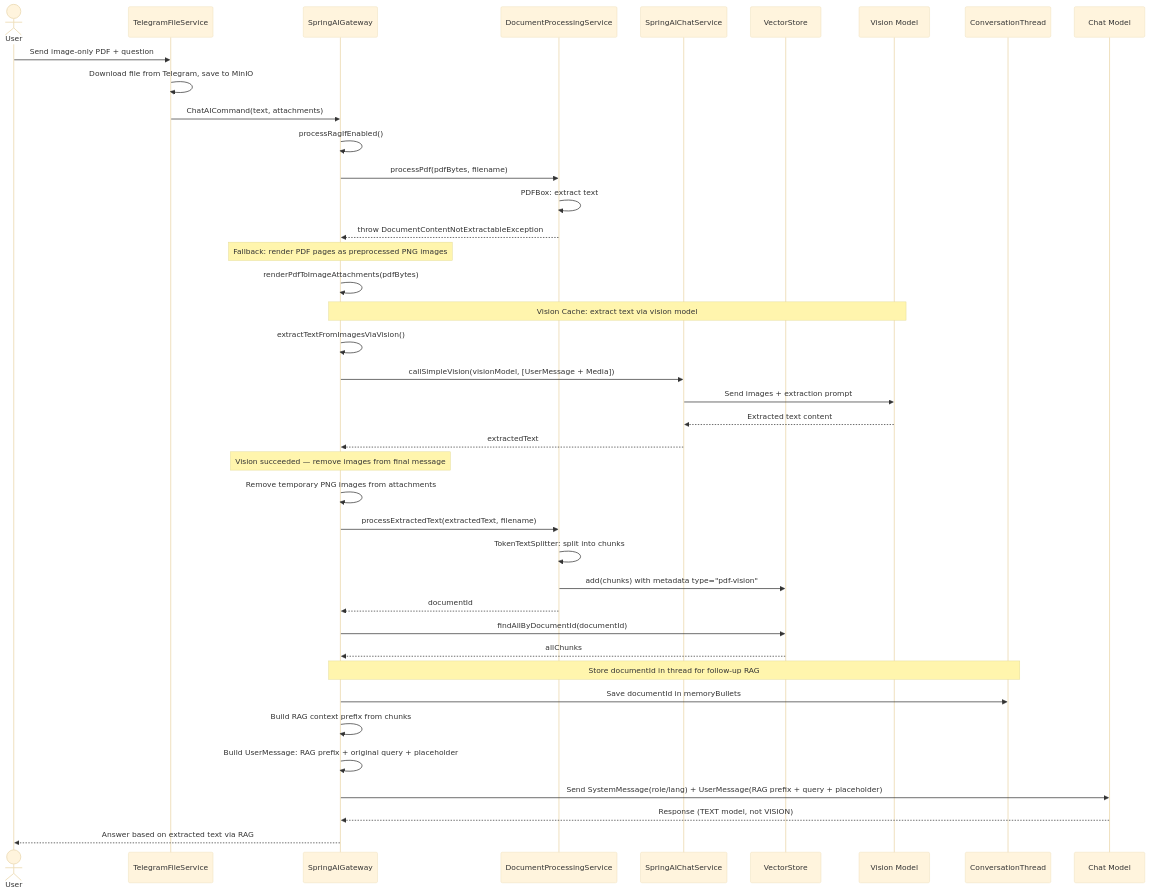
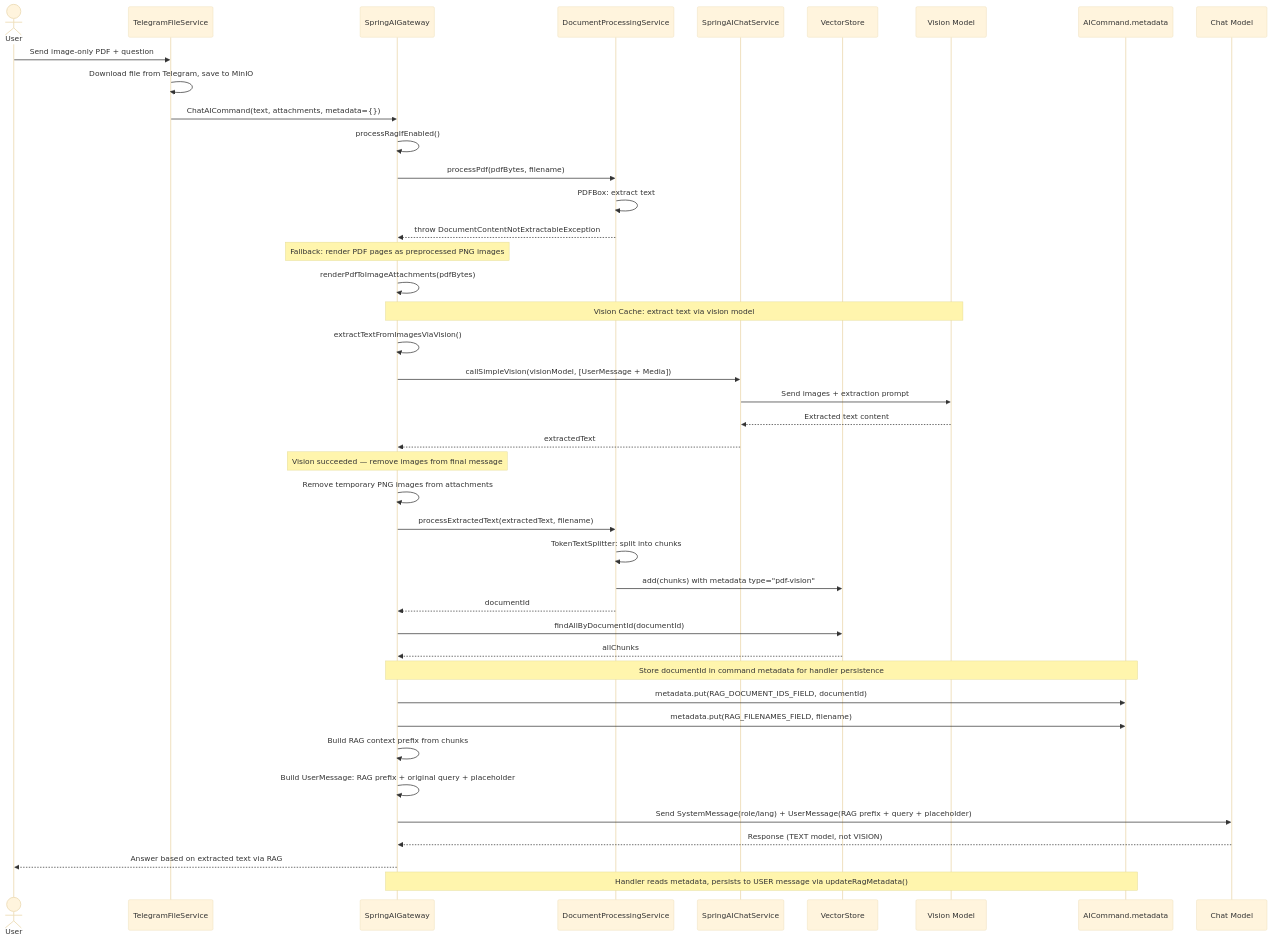
The first of 2 diagrams in docs/usecases/image-pdf-vision-cache.md (NGirchev/open-daimon), drawn with Mermaid (base theme) before and after one commit. The commit also changed other lines of this file and 20 other files, not shown here.

````diff
--- a/docs/usecases/image-pdf-vision-cache.md
+++ b/docs/usecases/image-pdf-vision-cache.md
@@ -10,54 +15,57 @@
 ```mermaid
 sequenceDiagram
     actor User
     participant TG as TelegramFileService
     participant GW as SpringAIGateway
     participant DPS as DocumentProcessingService
     participant CS as SpringAIChatService
     participant VS as VectorStore
     participant LLM as Vision Model
-    participant DB as ConversationThread
+    participant CMD as AICommand.metadata
     participant Chat as Chat Model
 
     User->>TG: Send image-only PDF + question
     TG->>TG: Download file from Telegram, save to MinIO
-    TG->>GW: ChatAICommand(text, attachments)
+    TG->>GW: ChatAICommand(text, attachments, metadata={})
 
     GW->>GW: processRagIfEnabled()
     GW->>DPS: processPdf(pdfBytes, filename)
     DPS->>DPS: PDFBox: extract text
     DPS-->>GW: throw DocumentContentNotExtractableException
 
     Note over GW: Fallback: render PDF pages as preprocessed PNG images
 
     GW->>GW: renderPdfToImageAttachments(pdfBytes)
 
     Note over GW,LLM: Vision Cache: extract text via vision model
 
     GW->>GW: extractTextFromImagesViaVision()
     GW->>CS: callSimpleVision(visionModel, [UserMessage + Media])
     CS->>LLM: Send images + extraction prompt
     LLM-->>CS: Extracted text content
     CS-->>GW: extractedText
 
     Note over GW: Vision succeeded — remove images from final message
 
     GW->>GW: Remove temporary PNG images from attachments
     GW->>DPS: processExtractedText(extractedText, filename)
     DPS->>DPS: TokenTextSplitter: split into chunks
     DPS->>VS: add(chunks) with metadata type="pdf-vision"
     DPS-->>GW: documentId
 
     GW->>VS: findAllByDocumentId(documentId)
     VS-->>GW: allChunks
 
-    Note over GW,DB: Store documentId in thread for follow-up RAG
+    Note over GW,CMD: Store documentId in command metadata for handler persistence
 
-    GW->>DB: Save documentId in memoryBullets
+    GW->>CMD: metadata.put(RAG_DOCUMENT_IDS_FIELD, documentId)
+    GW->>CMD: metadata.put(RAG_FILENAMES_FIELD, filename)
     GW->>GW: Build RAG context prefix from chunks
     GW->>GW: Build UserMessage: RAG prefix + original query + placeholder
 
     GW->>Chat: Send SystemMessage(role/lang) + UserMessage(RAG prefix + query + placeholder)
     Chat-->>GW: Response (TEXT model, not VISION)
     GW-->>User: Answer based on extracted text via RAG
+
+    Note over GW,CMD: Handler reads metadata, persists to USER message via updateRagMetadata()
 ```
````
